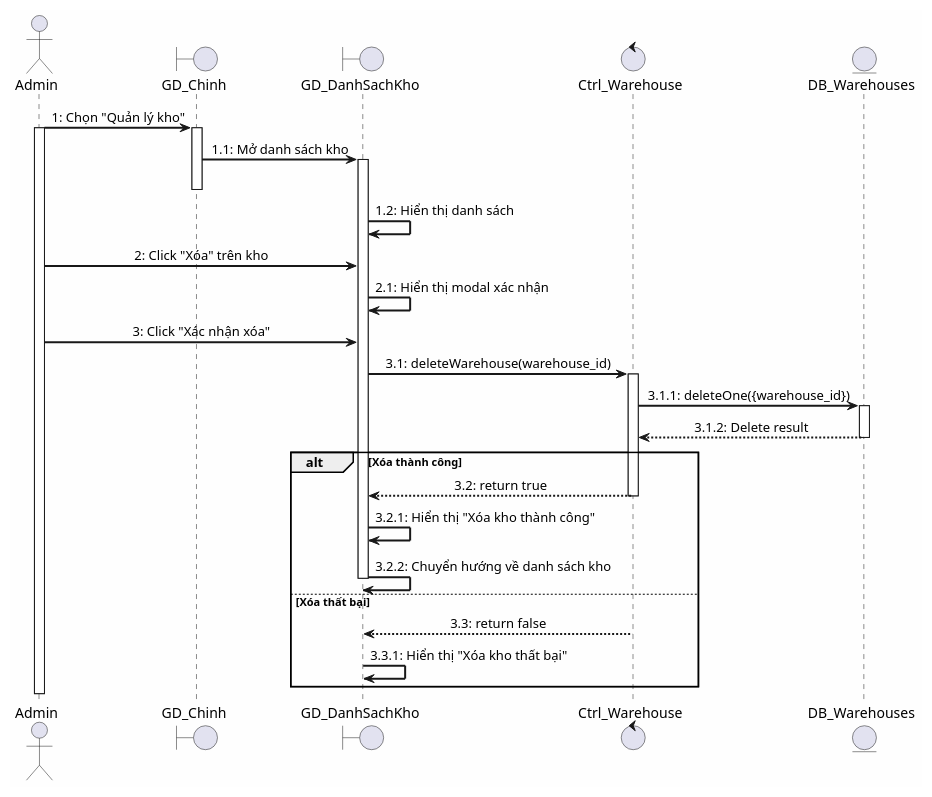
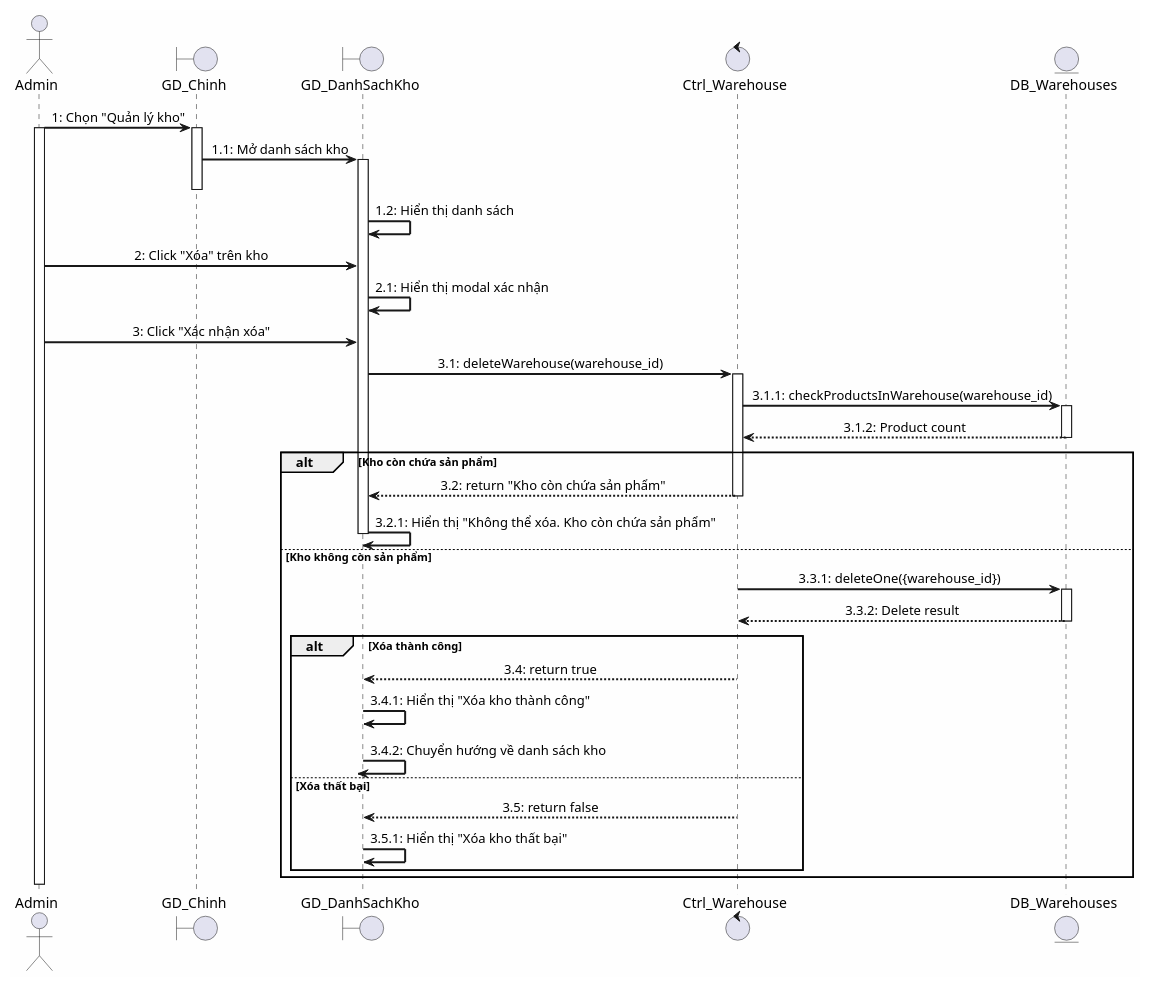
Before and after one commit to QuynhHuong03/wms: the diagram in docs/sequence_xoa_kho.puml, drawn with PlantUML. The commit also changed 28 other files, not shown here.

```diff
--- a/docs/sequence_xoa_kho.puml
+++ b/docs/sequence_xoa_kho.puml
@@ -1,55 +1,69 @@
 @startuml Xóa Kho
 
 ' Cấu hình giao diện
 skinparam sequenceMessageAlign center
 skinparam backgroundColor #FEFEFE
 skinparam sequenceArrowThickness 2
 
 actor "Admin" as Admin
 boundary "GD_Chinh" as MainGUI
 boundary "GD_DanhSachKho" as ListView
 control "Ctrl_Warehouse" as Controller
 entity "DB_Warehouses" as WarehouseDB
 
 Admin -> MainGUI: 1: Chọn "Quản lý kho"
 activate Admin
 activate MainGUI
 
 MainGUI -> ListView: 1.1: Mở danh sách kho
 activate ListView
 deactivate MainGUI
 
 ListView -> ListView: 1.2: Hiển thị danh sách
 
 Admin -> ListView: 2: Click "Xóa" trên kho
 
 ListView -> ListView: 2.1: Hiển thị modal xác nhận
 
 Admin -> ListView: 3: Click "Xác nhận xóa"
 
 ListView -> Controller: 3.1: deleteWarehouse(warehouse_id)
 activate Controller
 
-Controller -> WarehouseDB: 3.1.1: deleteOne({warehouse_id})
+Controller -> WarehouseDB: 3.1.1: checkProductsInWarehouse(warehouse_id)
 activate WarehouseDB
 
-WarehouseDB --> Controller: 3.1.2: Delete result
+WarehouseDB --> Controller: 3.1.2: Product count
 deactivate WarehouseDB
 
-alt Xóa thành công
-    Controller --> ListView: 3.2: return true
+alt Kho còn chứa sản phẩm
+    Controller --> ListView: 3.2: return "Kho còn chứa sản phẩm"
     deactivate Controller
     
-    ListView -> ListView: 3.2.1: Hiển thị "Xóa kho thành công"
+    ListView -> ListView: 3.2.1: Hiển thị "Không thể xóa. Kho còn chứa sản phẩm"
+    deactivate ListView
+else Kho không còn sản phẩm
+    Controller -> WarehouseDB: 3.3.1: deleteOne({warehouse_id})
+    activate WarehouseDB
     
-    ListView -> ListView: 3.2.2: Chuyển hướng về danh sách kho
-    deactivate ListView
-else Xóa thất bại
-    Controller --> ListView: 3.3: return false
-    deactivate Controller
-    ListView -> ListView: 3.3.1: Hiển thị "Xóa kho thất bại"
+    WarehouseDB --> Controller: 3.3.2: Delete result
+    deactivate WarehouseDB
+    
+    alt Xóa thành công
+        Controller --> ListView: 3.4: return true
+        deactivate Controller
+        
+        ListView -> ListView: 3.4.1: Hiển thị "Xóa kho thành công"
+        
+        ListView -> ListView: 3.4.2: Chuyển hướng về danh sách kho
+        deactivate ListView
+    else Xóa thất bại
+        Controller --> ListView: 3.5: return false
+        deactivate Controller
+        ListView -> ListView: 3.5.1: Hiển thị "Xóa kho thất bại"
+    end
 end
 
 deactivate Admin
 
 @enduml
```
